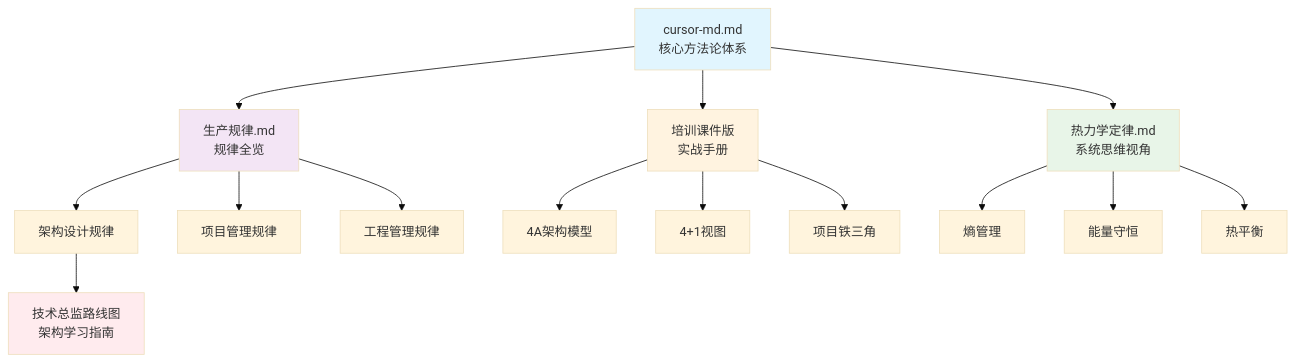
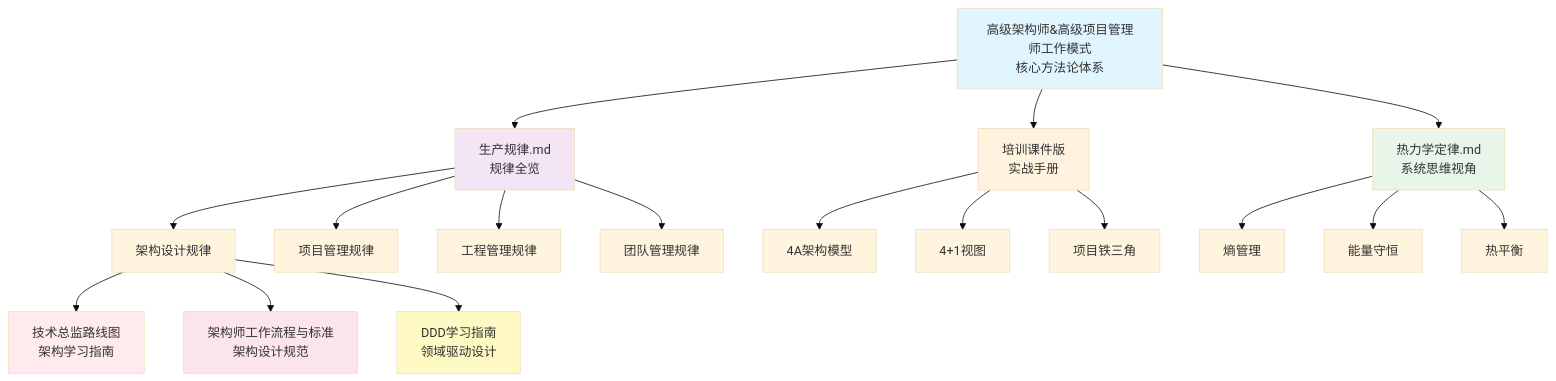
Before and after one commit to morning-king/ai-generate-md: the diagram in README.md, drawn with Mermaid (base theme). The commit also changed other lines of this file and 4 other files, not shown here.

````diff
--- a/README.md
+++ b/README.md
@@ -116,26 +197,31 @@
 ```mermaid
 graph TD
-    A[cursor-md.md<br/>核心方法论体系] --> B[生产规律.md<br/>规律全览]
+    A[高级架构师&高级项目管理师工作模式<br/>核心方法论体系] --> B[生产规律.md<br/>规律全览]
     A --> C[培训课件版<br/>实战手册]
     A --> D[热力学定律.md<br/>系统思维视角]
     
     B --> E[架构设计规律]
     B --> F[项目管理规律]
     B --> G[工程管理规律]
+    B --> H[团队管理规律]
     
-    C --> H[4A架构模型]
-    C --> I[4+1视图]
-    C --> J[项目铁三角]
+    C --> I[4A架构模型]
+    C --> J[4+1视图]
+    C --> K[项目铁三角]
     
-    D --> K[熵管理]
-    D --> L[能量守恒]
-    D --> M[热平衡]
+    D --> L[熵管理]
+    D --> M[能量守恒]
+    D --> N[热平衡]
     
-    E --> N[技术总监路线图<br/>架构学习指南]
+    E --> O[技术总监路线图<br/>架构学习指南]
+    E --> P[架构师工作流程与标准<br/>架构设计规范]
+    E --> Q[DDD学习指南<br/>领域驱动设计]
     
     style A fill:#e1f5fe
     style B fill:#f3e5f5
     style C fill:#fff3e0
     style D fill:#e8f5e8
-    style N fill:#ffebee
+    style O fill:#ffebee
+    style P fill:#fce4ec
+    style Q fill:#fff9c4
 ```
````
